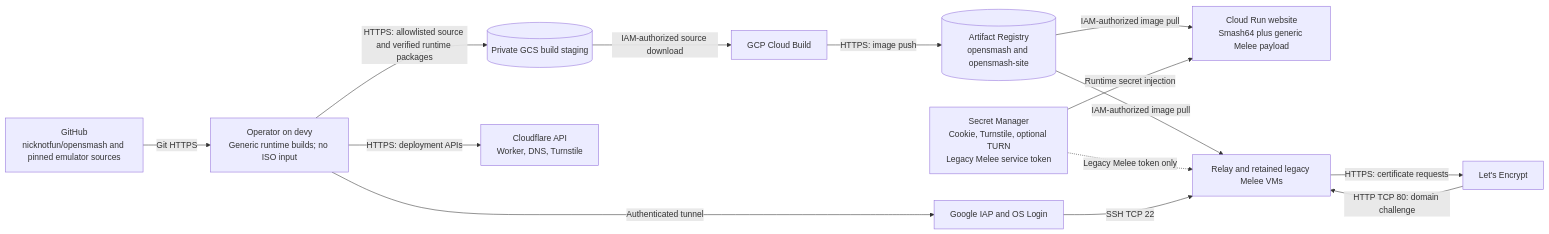
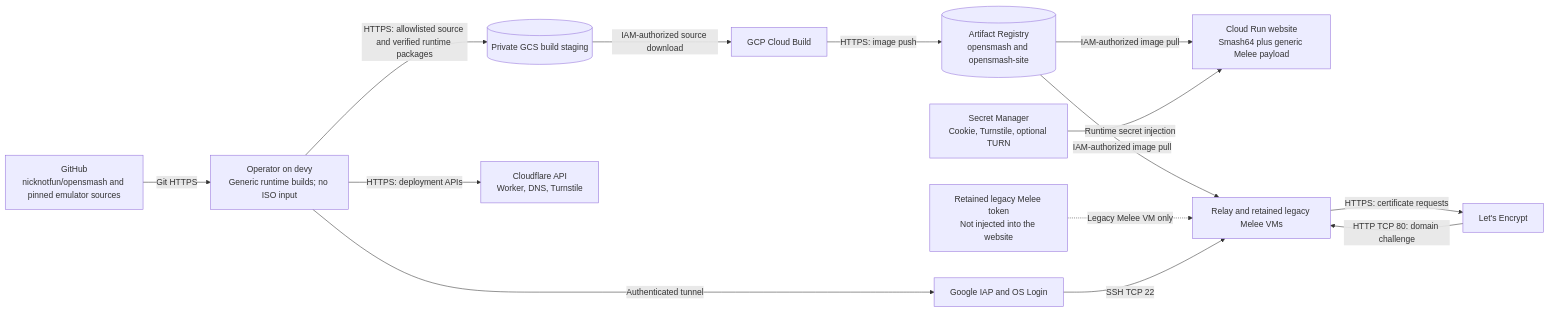
One commit to nicknotfun/opensmash changed the third of 4 diagrams in deploy/ARCHITECTURE.md. Above: the diagram before and after it, drawn with Mermaid. The commit also changed other lines of this file and 3 other files, not shown here.

````diff
--- a/deploy/ARCHITECTURE.md
+++ b/deploy/ARCHITECTURE.md
@@ -183,28 +186,29 @@
 ```mermaid
 flowchart LR
     repo["GitHub<br/>nicknotfun/opensmash and pinned emulator sources"]
     devy["Operator on devy<br/>Generic runtime builds; no ISO input"]
     staging[("Private GCS build staging")]
     build["GCP Cloud Build"]
     registry[("Artifact Registry<br/>opensmash and opensmash-site")]
     run["Cloud Run website<br/>Smash64 plus generic Melee payload"]
     vms["Relay and retained legacy Melee VMs"]
-    secrets["Secret Manager<br/>Cookie, Turnstile, optional TURN<br/>Legacy Melee service token"]
+    secrets["Secret Manager<br/>Cookie, Turnstile, optional TURN"]
+    legacysecret["Retained legacy Melee token<br/>Not injected into the website"]
     cf["Cloudflare API<br/>Worker, DNS, Turnstile"]
     iap["Google IAP and OS Login"]
     acme["Let's Encrypt"]
 
     repo -->|Git HTTPS| devy
     devy -->|HTTPS: allowlisted source and verified runtime packages| staging
     staging -->|IAM-authorized source download| build
     build -->|HTTPS: image push| registry
     registry -->|IAM-authorized image pull| run
     registry -->|IAM-authorized image pull| vms
     secrets -->|Runtime secret injection| run
-    secrets -.->|Legacy Melee token only| vms
+    legacysecret -.->|Legacy Melee VM only| vms
     devy -->|HTTPS: deployment APIs| cf
     devy -->|Authenticated tunnel| iap
     iap -->|SSH TCP 22| vms
     vms -->|HTTPS: certificate requests| acme
     acme -->|HTTP TCP 80: domain challenge| vms
 ```
````
